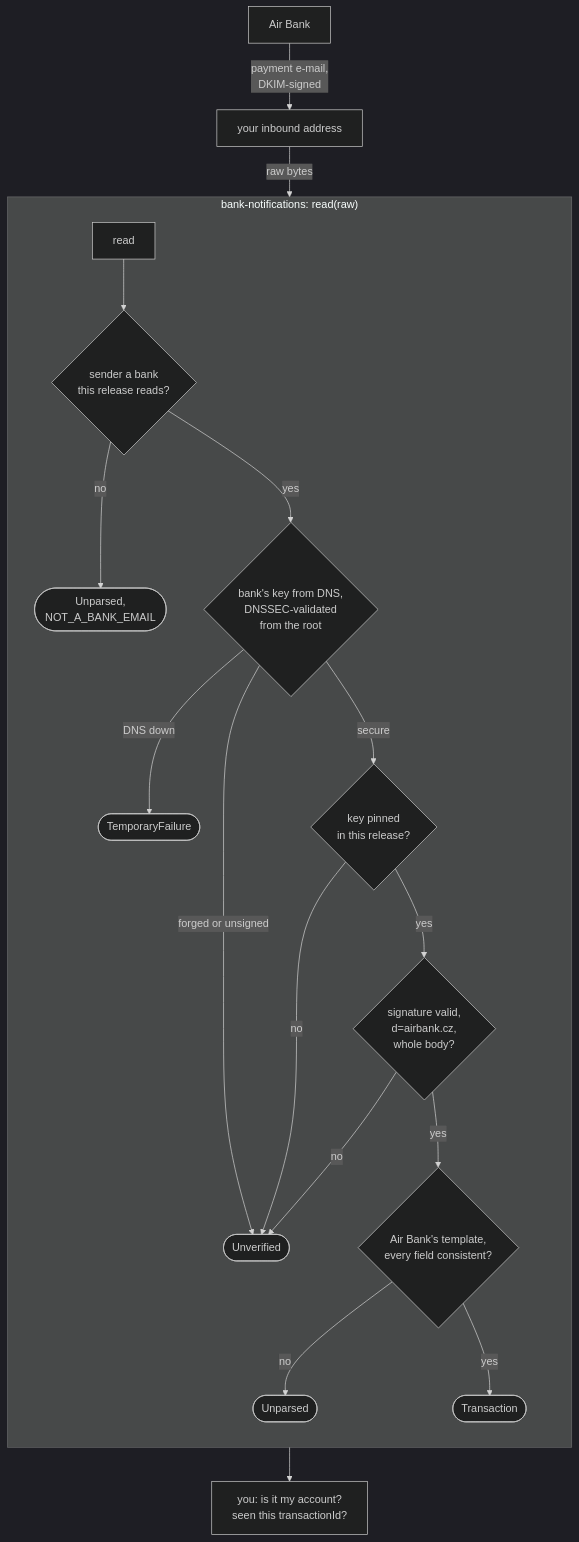
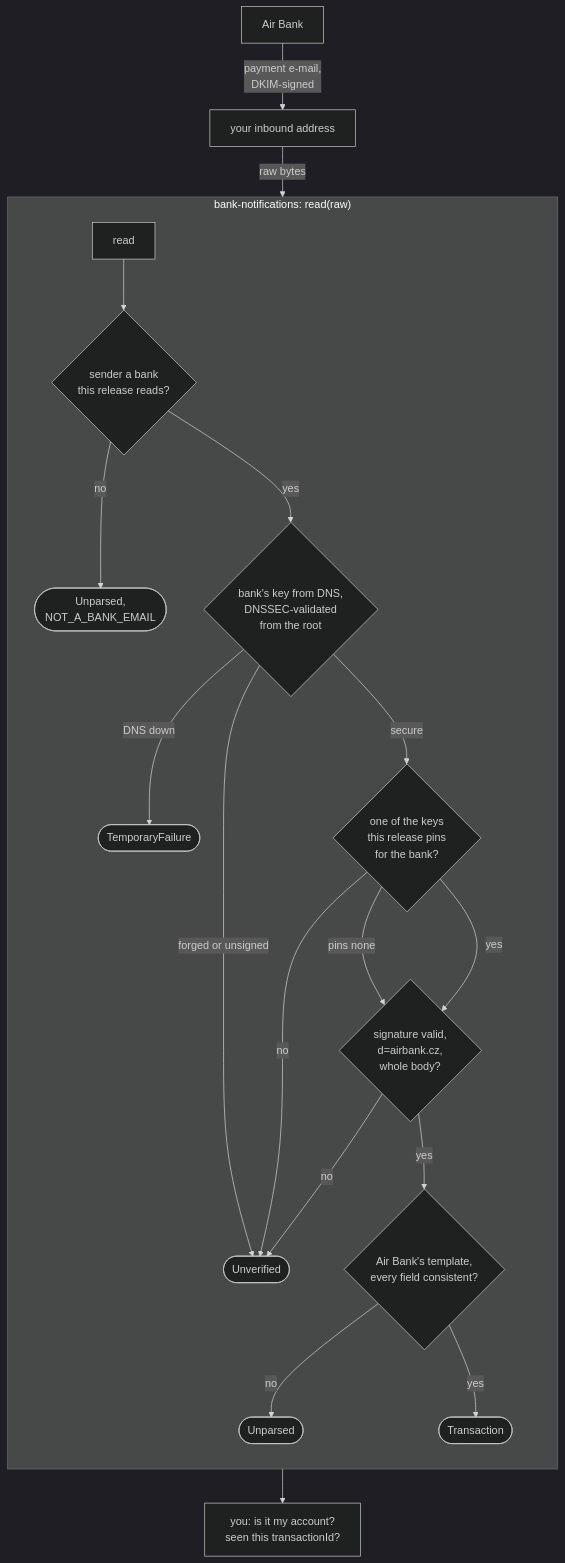
The diagram in .docs/verification.md (landsman/bank-java), drawn with Mermaid (dark theme) before and after one commit. The commit also changed other lines of this file and 3 other files, not shown here.

Commit message:
docs: say which banks pin a key, and fix the slovak list against the nbs register

````diff
--- a/.docs/verification.md
+++ b/.docs/verification.md
@@ -9,23 +9,24 @@
 ```mermaid
 flowchart TB
     bank["Air Bank"] -- "payment e-mail,<br/>DKIM-signed" --> inbox["your inbound address"]
     inbox -- "raw bytes" --> read
 
     subgraph lib ["bank-notifications: read(raw)"]
         direction TB
         read["read"] --> sender{"sender a bank<br/>this release reads?"}
         sender -- "no" --> other(["Unparsed,<br/>NOT_A_BANK_EMAIL"])
         sender -- "yes" --> dns{"bank's key from DNS,<br/>DNSSEC-validated<br/>from the root"}
         dns -- "DNS down" --> temporary(["TemporaryFailure"])
         dns -- "forged or unsigned" --> unverified(["Unverified"])
-        dns -- "secure" --> pin{"key pinned<br/>in this release?"}
+        dns -- "secure" --> pin{"one of the keys<br/>this release pins<br/>for the bank?"}
+        pin -- "pins none" --> sig
         pin -- "no" --> unverified
         pin -- "yes" --> sig{"signature valid,<br/>d=airbank.cz,<br/>whole body?"}
         sig -- "no" --> unverified
         sig -- "yes" --> parse{"Air Bank's template,<br/>every field consistent?"}
         parse -- "no" --> unparsed(["Unparsed"])
         parse -- "yes" --> transaction(["Transaction"])
     end
 
     transaction --> you["you: is it my account?<br/>seen this transactionId?"]
 ```
````
